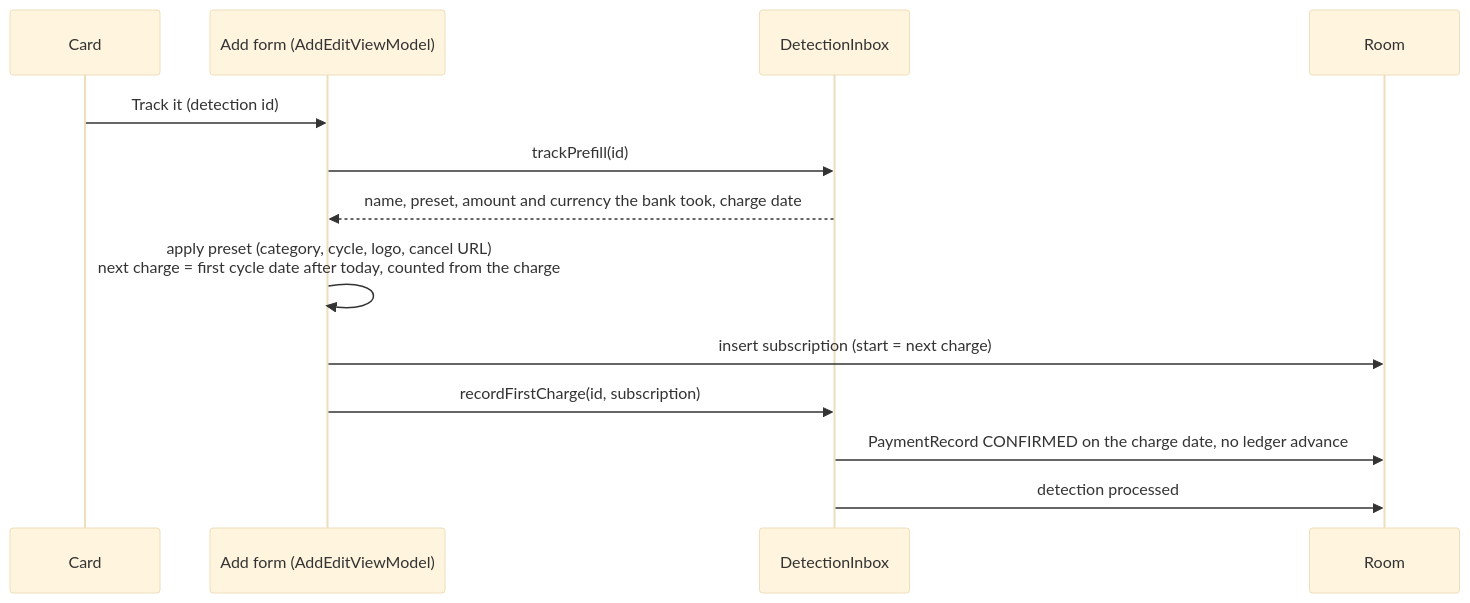
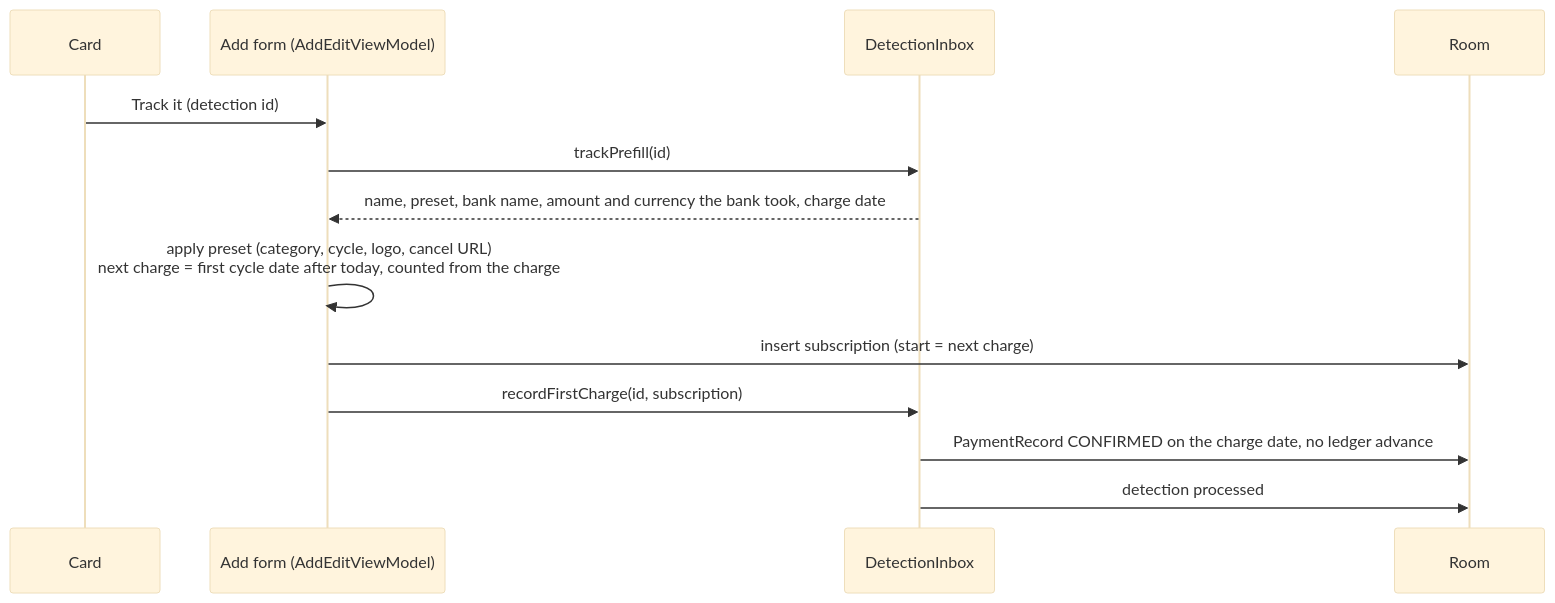
The sixth of 8 diagrams in ARCHITECTURE.md (WolfeLeo2/Subsy), drawn with Mermaid (base theme) before and after one commit. The commit also changed other lines of this file and 52 other files, not shown here.

First line of the commit message:
Add onboarding flow, in-app updates, CI release pipeline and minSdk 31

````diff
--- a/ARCHITECTURE.md
+++ b/ARCHITECTURE.md
@@ -281,15 +284,15 @@
 ```mermaid
 sequenceDiagram
     participant C as Card
     participant F as Add form (AddEditViewModel)
     participant I as DetectionInbox
     participant DB as Room
     C->>F: Track it (detection id)
     F->>I: trackPrefill(id)
-    I-->>F: name, preset, amount and currency the bank took, charge date
+    I-->>F: name, preset, bank name, amount and currency the bank took, charge date
     F->>F: apply preset (category, cycle, logo, cancel URL)<br/>next charge = first cycle date after today, counted from the charge
     F->>DB: insert subscription (start = next charge)
     F->>I: recordFirstCharge(id, subscription)
     I->>DB: PaymentRecord CONFIRMED on the charge date, no ledger advance
     I->>DB: detection processed
 ```
````
